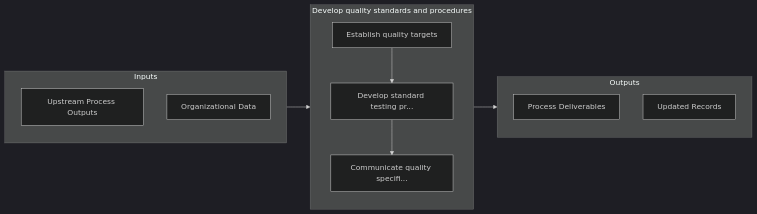
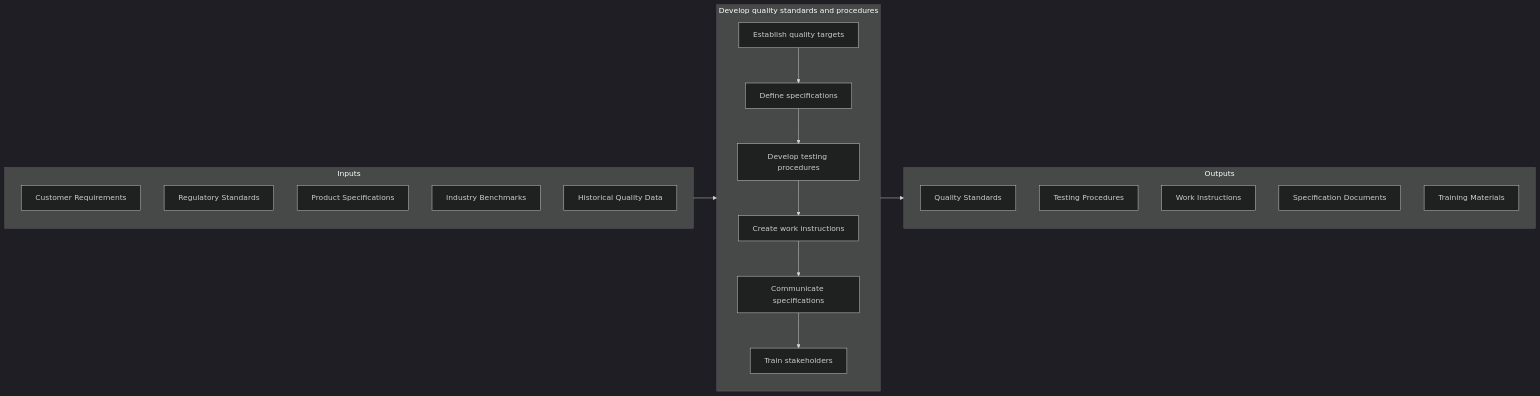
One commit to kziemski/business.org.ai changed the second of 2 diagrams in processes/04-Delivery/4.1-PlanAlignSupplyChain/4.1.8-DevelopQualityStandardsProcedures/index.mdx. Above: the diagram before and after it, drawn with Mermaid (dark theme). The commit also changed other lines of this file and 885 other files, not shown here.

````diff
--- a/processes/04-Delivery/4.1-PlanAlignSupplyChain/4.1.8-DevelopQualityStandardsProcedures/index.mdx
+++ b/processes/04-Delivery/4.1-PlanAlignSupplyChain/4.1.8-DevelopQualityStandardsProcedures/index.mdx
@@ -61,22 +61,31 @@
 ```mermaid
 flowchart LR
     subgraph Inputs["Inputs"]
-        I1["Upstream Process Outputs"]
-        I2["Organizational Data"]
+        I1["Customer Requirements"]
+        I2["Regulatory Standards"]
+        I3["Product Specifications"]
+        I4["Industry Benchmarks"]
+        I5["Historical Quality Data"]
     end
 
     subgraph Process["Develop quality standards and procedures"]
         S1["Establish quality targets"]
-        S2["Develop standard testing pr..."]
-        S3["Communicate quality specifi..."]
+        S2["Define specifications"]
+        S3["Develop testing procedures"]
+        S4["Create work instructions"]
+        S5["Communicate specifications"]
+        S6["Train stakeholders"]
+
+        S1 --> S2 --> S3 --> S4 --> S5 --> S6
     end
 
     subgraph Outputs["Outputs"]
-        O1["Process Deliverables"]
-        O2["Updated Records"]
+        O1["Quality Standards"]
+        O2["Testing Procedures"]
+        O3["Work Instructions"]
+        O4["Specification Documents"]
+        O5["Training Materials"]
     end
 
     Inputs --> Process --> Outputs
-    S1 --> S2
-    S2 --> S3
 ```
````
